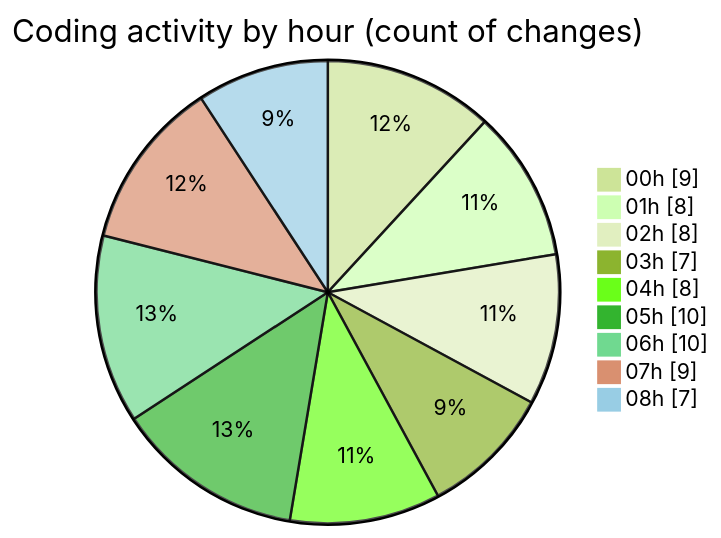
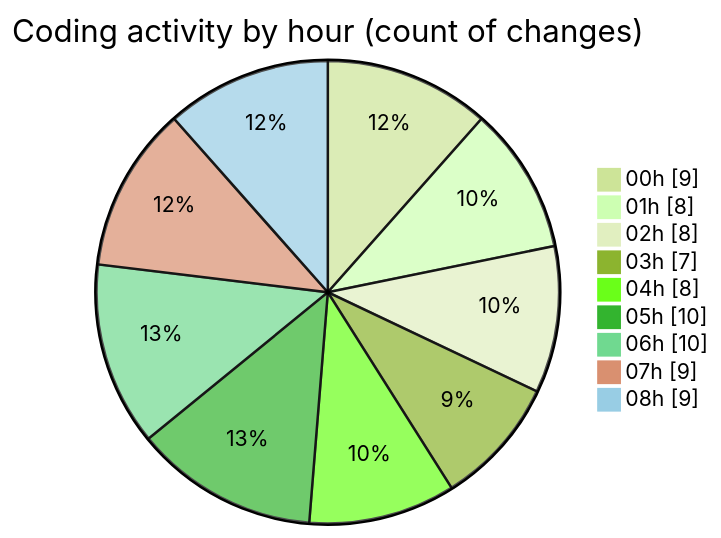
One commit to jrari/code-tracking changed the second of 2 diagrams in 2025-07-14/telebot/README.md. Above: the diagram before and after it, drawn with Mermaid (forest theme). The commit also changed other lines of this file and 1 other file, not shown here.

````diff
--- a/2025-07-14/telebot/README.md
+++ b/2025-07-14/telebot/README.md
@@ -58,13 +59,13 @@
 ```mermaid
 pie showData
 title Coding activity by hour (count of changes)
 "00h" : 9
 "01h" : 8
 "02h" : 8
 "03h" : 7
 "04h" : 8
 "05h" : 10
 "06h" : 10
 "07h" : 9
-"08h" : 7
+"08h" : 9
 ```
````
